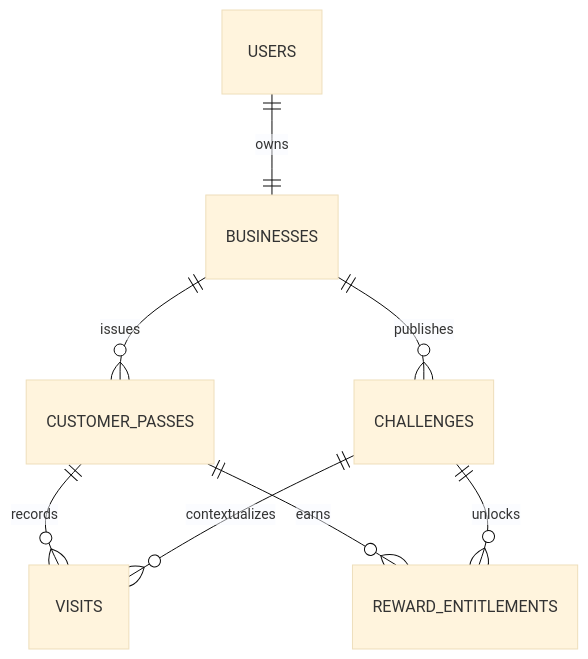
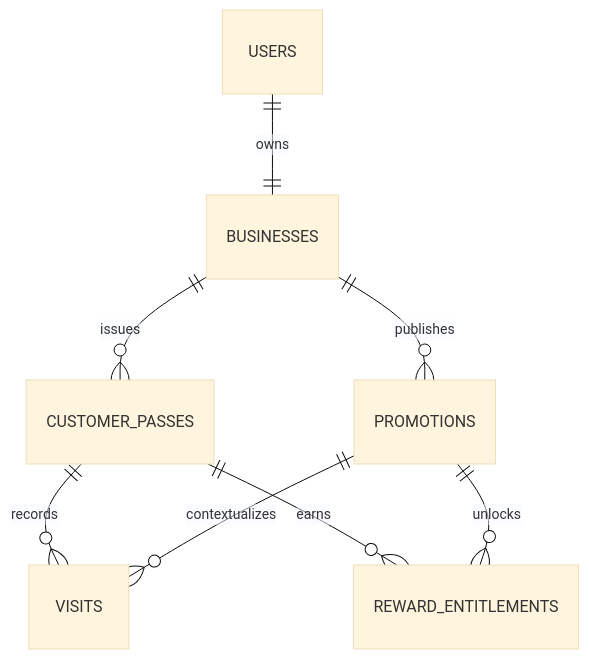
The second of 2 diagrams in docs/architecture/overview.md (spardobo/fidelitopass), drawn with Mermaid (base theme) before and after one commit. The commit also changed other lines of this file and 18 other files, not shown here.

````diff
--- a/docs/architecture/overview.md
+++ b/docs/architecture/overview.md
@@ -57,10 +58,10 @@
 ```mermaid
 erDiagram
-    USERS ||--|| BUSINESSES : owns
-    BUSINESSES ||--o{ CHALLENGES : publishes
-    BUSINESSES ||--o{ CUSTOMER_PASSES : issues
-    CUSTOMER_PASSES ||--o{ VISITS : records
-    CHALLENGES ||--o{ VISITS : contextualizes
-    CUSTOMER_PASSES ||--o{ REWARD_ENTITLEMENTS : earns
-    CHALLENGES ||--o{ REWARD_ENTITLEMENTS : unlocks
+    USERS ||--|| BUSINESSES: owns
+    BUSINESSES ||--o{ PROMOTIONS: publishes
+    BUSINESSES ||--o{ CUSTOMER_PASSES: issues
+    CUSTOMER_PASSES ||--o{ VISITS: records
+    PROMOTIONS ||--o{ VISITS: contextualizes
+    CUSTOMER_PASSES ||--o{ REWARD_ENTITLEMENTS: earns
+    PROMOTIONS ||--o{ REWARD_ENTITLEMENTS: unlocks
 ```
````
